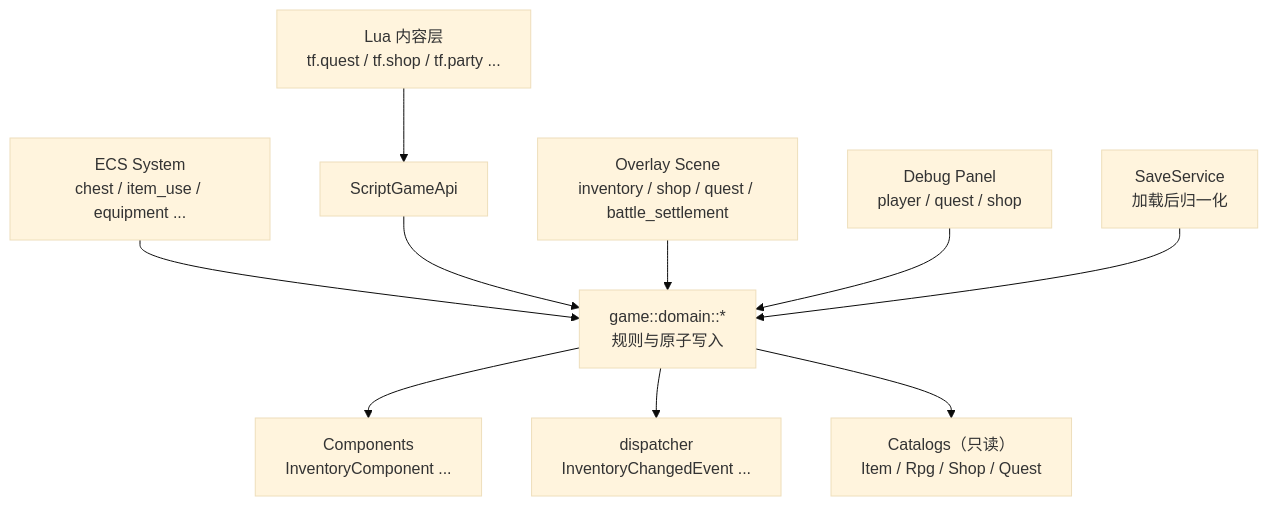
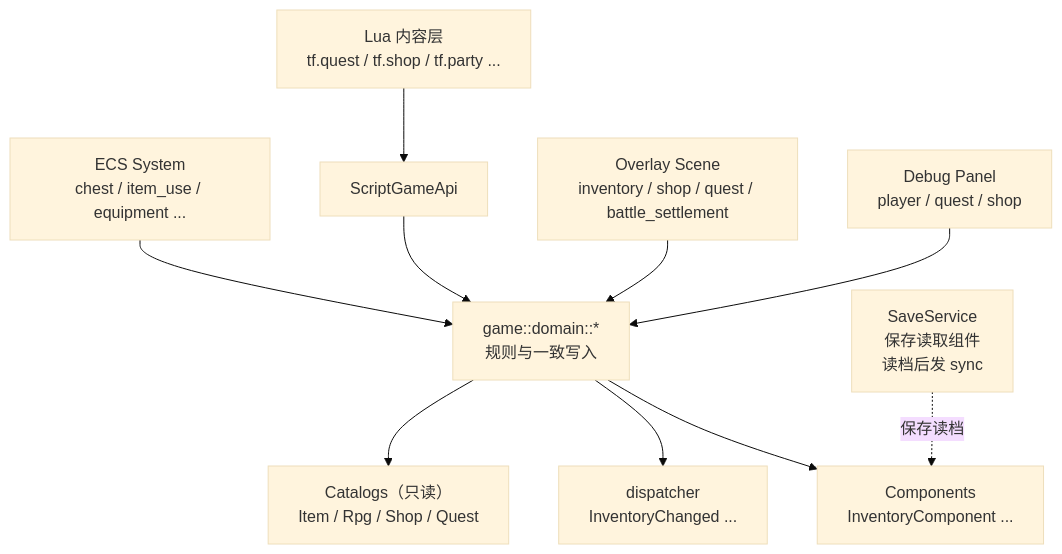
One commit to WispSnow/TinyFarmRPG changed the first of 2 diagrams in docs/game/domain-services.md. Above: the diagram before and after it, drawn with Mermaid (base theme). The commit also changed other lines of this file and 3 other files, not shown here.

````diff
--- a/docs/game/domain-services.md
+++ b/docs/game/domain-services.md
@@ -7,13 +7,13 @@
 ```mermaid
 flowchart TD
     SYSTEM["ECS System<br/>chest / item_use / equipment ..."] --> DOM
     SCRIPT["Lua 内容层<br/>tf.quest / tf.shop / tf.party ..."] --> SGA["ScriptGameApi"]
     SGA --> DOM
     SCENE["Overlay Scene<br/>inventory / shop / quest / battle_settlement"] --> DOM
     DEBUG["Debug Panel<br/>player / quest / shop"] --> DOM
-    SAVE["SaveService<br/>加载后归一化"] --> DOM
 
-    DOM["game::domain::*<br/>规则与原子写入"] --> COMP["Components<br/>InventoryComponent ..."]
-    DOM --> EVT["dispatcher<br/>InventoryChangedEvent ..."]
+    DOM["game::domain::*<br/>规则与一致写入"] --> COMP["Components<br/>InventoryComponent ..."]
+    DOM --> EVT["dispatcher<br/>InventoryChanged ..."]
     DOM --> CATALOG["Catalogs（只读）<br/>Item / Rpg / Shop / Quest"]
+    SAVE["SaveService<br/>保存读取组件<br/>读档后发 sync"] -.保存读档.-> COMP
 ```
````
